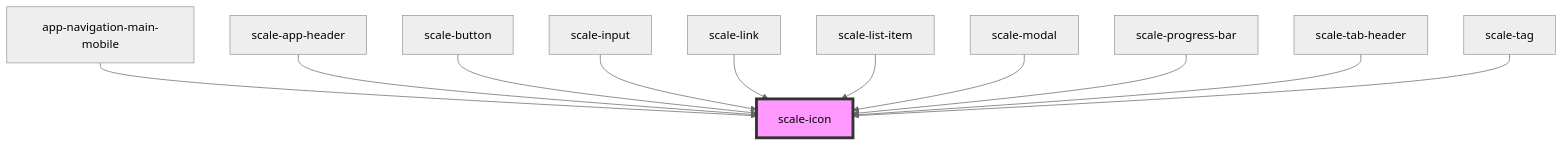
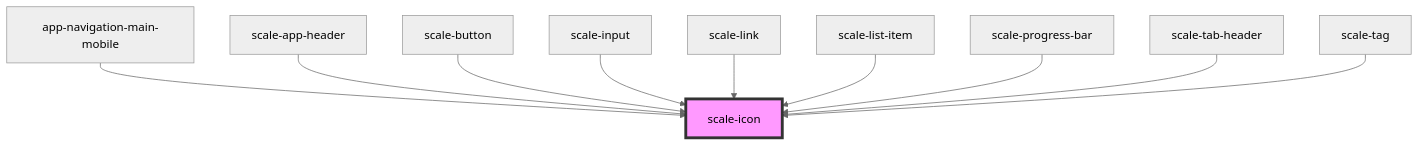
The diagram in packages/components/src/components/icon/readme.md (gaurishkamat/scale), drawn with Mermaid (neutral theme) before and after one commit. The commit also changed other lines of this file and 4 other files, not shown here.

````diff
--- a/packages/components/src/components/icon/readme.md
+++ b/packages/components/src/components/icon/readme.md
@@ -38,14 +37,13 @@
 ```mermaid
 graph TD;
   app-navigation-main-mobile --> scale-icon
   scale-app-header --> scale-icon
   scale-button --> scale-icon
   scale-input --> scale-icon
   scale-link --> scale-icon
   scale-list-item --> scale-icon
-  scale-modal --> scale-icon
   scale-progress-bar --> scale-icon
   scale-tab-header --> scale-icon
   scale-tag --> scale-icon
   style scale-icon fill:#f9f,stroke:#333,stroke-width:4px
 ```
````
